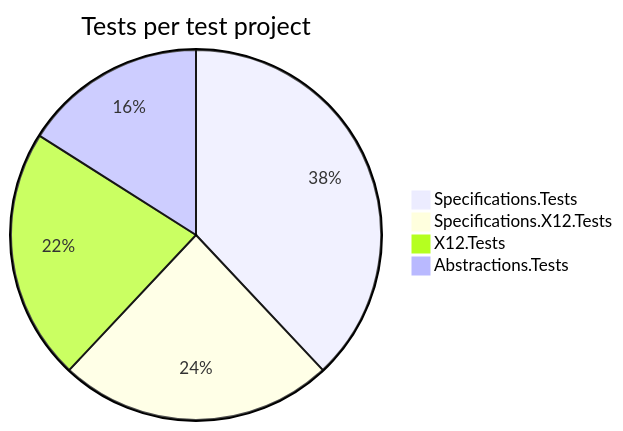
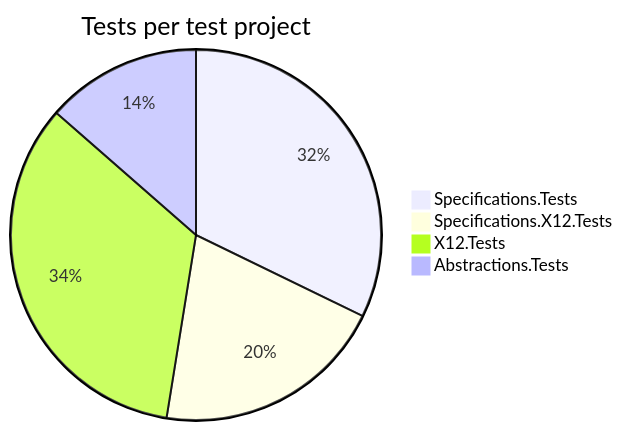
One commit to TuralSuleymani/EdiMorph changed the seventh of 7 diagrams in README.md. Above: the diagram before and after it, drawn with Mermaid. The commit also changed other lines of this file and 3 other files, not shown here.

````diff
--- a/README.md
+++ b/README.md
@@ -380,7 +382,7 @@
 ```mermaid
 pie title Tests per test project
   "Specifications.Tests" : 19
   "Specifications.X12.Tests" : 12
-  "X12.Tests" : 11
+  "X12.Tests" : 20
   "Abstractions.Tests" : 8
 ```
````
